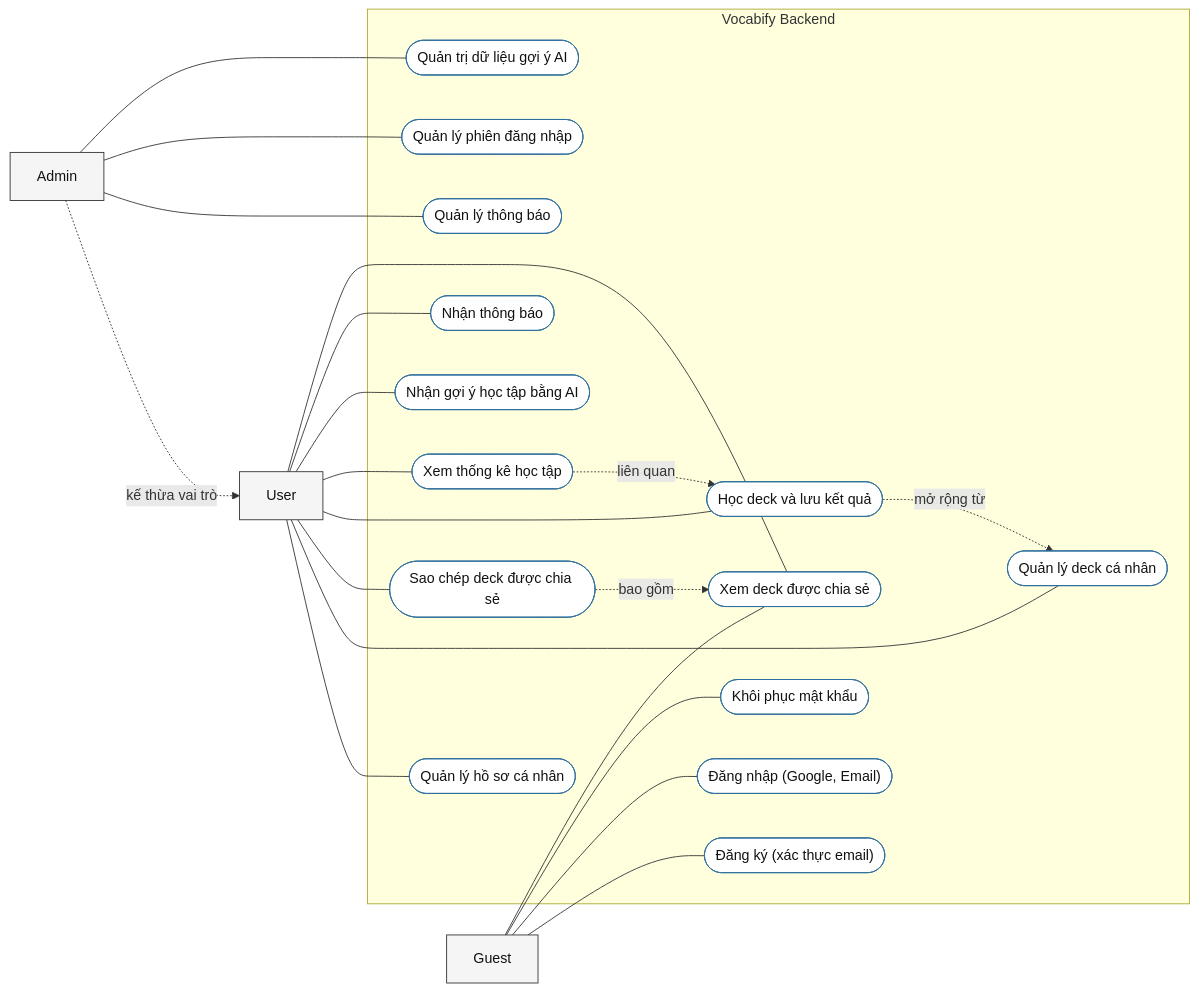
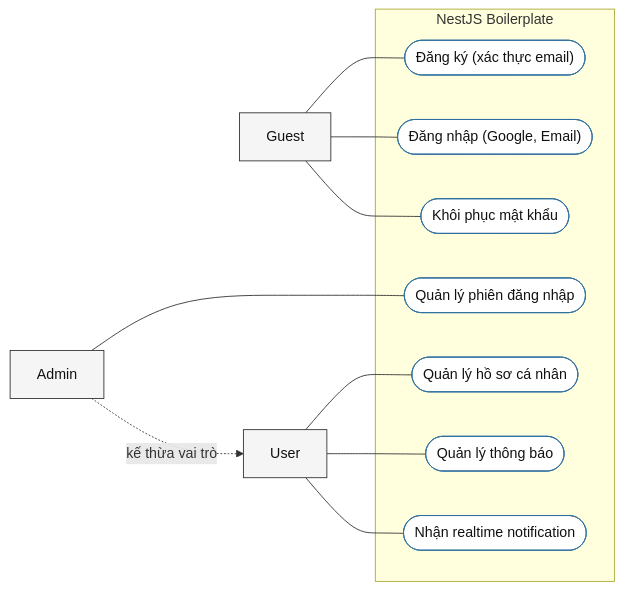
Before and after one commit to hungpn23/vocabify_be: the diagram in docs/use-case-diagram.md, drawn with Mermaid. The commit also changed other lines of this file and 81 other files, not shown here.

````diff
--- a/docs/use-case-diagram.md
+++ b/docs/use-case-diagram.md
@@ -5,50 +5,31 @@
 ```mermaid
 flowchart LR
 	classDef actor fill:#f5f5f5,stroke:#333,stroke-width:1px,color:#111;
 	classDef usecase fill:#ffffff,stroke:#2f6f9f,stroke-width:1px,color:#111;
 
 	guest["Guest"]:::actor
 	user["User"]:::actor
 	admin["Admin"]:::actor
 
 	admin -.kế thừa vai trò.-> user
 
-	subgraph VocabifyBE["Vocabify Backend"]
+	subgraph Boilerplate["NestJS Boilerplate"]
 		signUp(["Đăng ký (xác thực email)"]):::usecase
 		signIn(["Đăng nhập (Google, Email)"]):::usecase
 		resetPassword(["Khôi phục mật khẩu"]):::usecase
-		viewSharedDecks(["Xem deck được chia sẻ"]):::usecase
 		manageSession(["Quản lý phiên đăng nhập"]):::usecase
 		manageProfile(["Quản lý hồ sơ cá nhân"]):::usecase
-		manageOwnDecks(["Quản lý deck cá nhân"]):::usecase
-		cloneSharedDeck(["Sao chép deck được chia sẻ"]):::usecase
-		studyDeck(["Học deck và lưu kết quả"]):::usecase
-		viewStudyStats(["Xem thống kê học tập"]):::usecase
-		getAiSuggestions(["Nhận gợi ý học tập bằng AI"]):::usecase
-		getNotifications(["Nhận thông báo"]):::usecase
-        manageNotifications(["Quản lý thông báo"]):::usecase
-		manageSuggestionData(["Quản trị dữ liệu gợi ý AI"]):::usecase
+		manageNotifications(["Quản lý thông báo"]):::usecase
+		receiveRealtimeNotifications(["Nhận realtime notification"]):::usecase
 	end
 
 	guest --- signUp
 	guest --- signIn
 	guest --- resetPassword
-	guest --- viewSharedDecks
 
 	user --- manageProfile
-	user --- manageOwnDecks
-	user --- cloneSharedDeck
-	user --- studyDeck
-	user --- viewStudyStats
-	user --- getAiSuggestions
-	user --- getNotifications
-	user --- viewSharedDecks
+	user --- manageNotifications
+	user --- receiveRealtimeNotifications
 
-    admin --- manageNotifications
 	admin --- manageSession
-	admin --- manageSuggestionData
-
-	cloneSharedDeck -.bao gồm.-> viewSharedDecks
-	studyDeck -.mở rộng từ.-> manageOwnDecks
-	viewStudyStats -.liên quan.-> studyDeck
 ```
````
